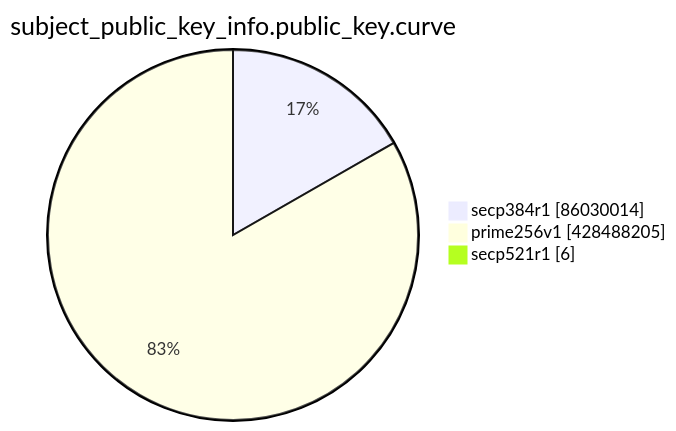
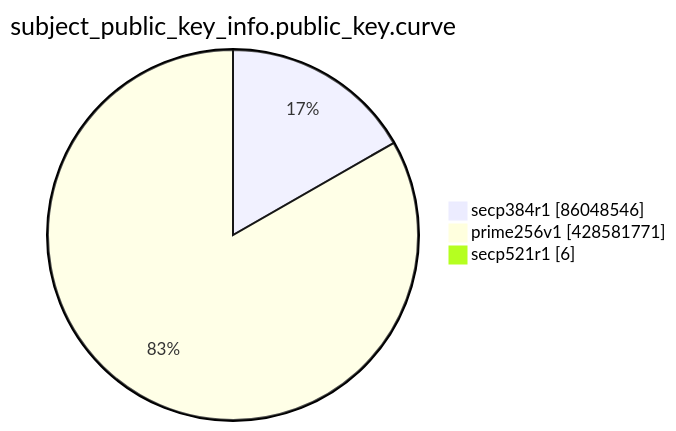
Before and after one commit to christiankrug/ctmonitor_visualization: the eighth of 15 diagrams in TOTAL/README.md, drawn with Mermaid. The commit also changed other lines of this file, not shown here.

````diff
--- a/TOTAL/README.md
+++ b/TOTAL/README.md
@@ -3100,7 +3100,7 @@
 ```mermaid
 pie showData
 title subject_public_key_info.public_key.curve
-"secp384r1" :86030014
-"prime256v1" :428488205
+"secp384r1" :86048546
+"prime256v1" :428581771
 "secp521r1" :6
 ```
````
